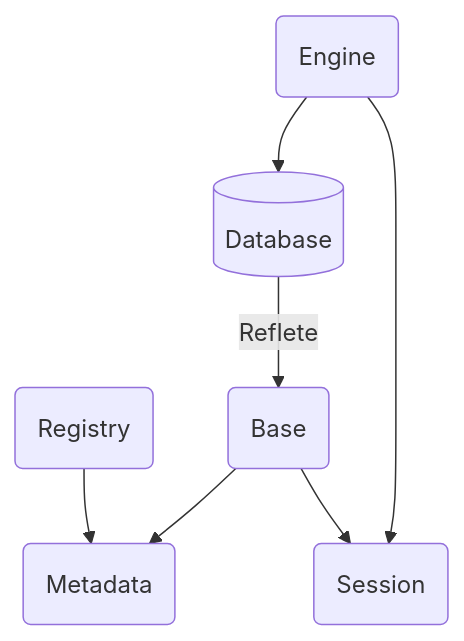
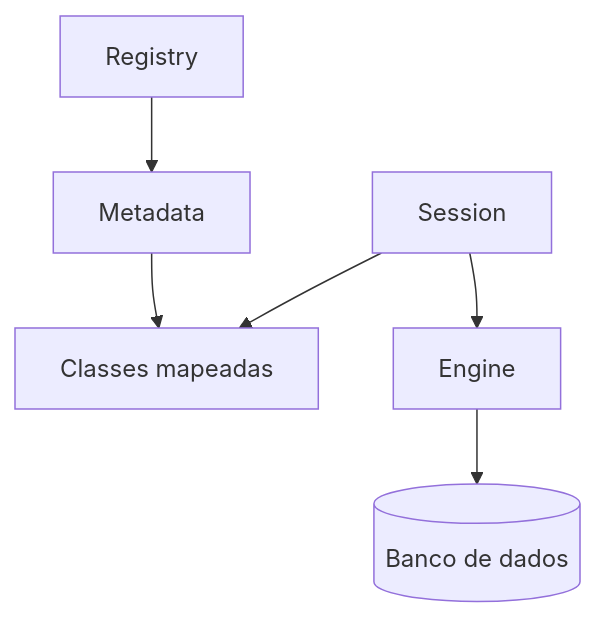
One commit to lcsgborges/dev-notes changed the second of 2 diagrams in docs/python/sqlalchemy.md. Above: the diagram before and after it, drawn with Mermaid. The commit also changed other lines of this file and 30 other files, not shown here.

````diff
--- a/docs/python/sqlalchemy.md
+++ b/docs/python/sqlalchemy.md
@@ -334,9 +366,8 @@
 ```mermaid
 flowchart TD
-    A@{ shape: cyl, label: "Database" } -->|Reflete| B(Base)
-    C(Engine) --> A
-    B--> D(Metadata)
-    E(Registry) -->D
-    C -->F
-    B--> F(Session)
+    A[Registry] --> B[Metadata]
+    B --> C[Classes mapeadas]
+    D[Session] --> C
+    D --> E[Engine]
+    E --> F[(Banco de dados)]
 ```
````
